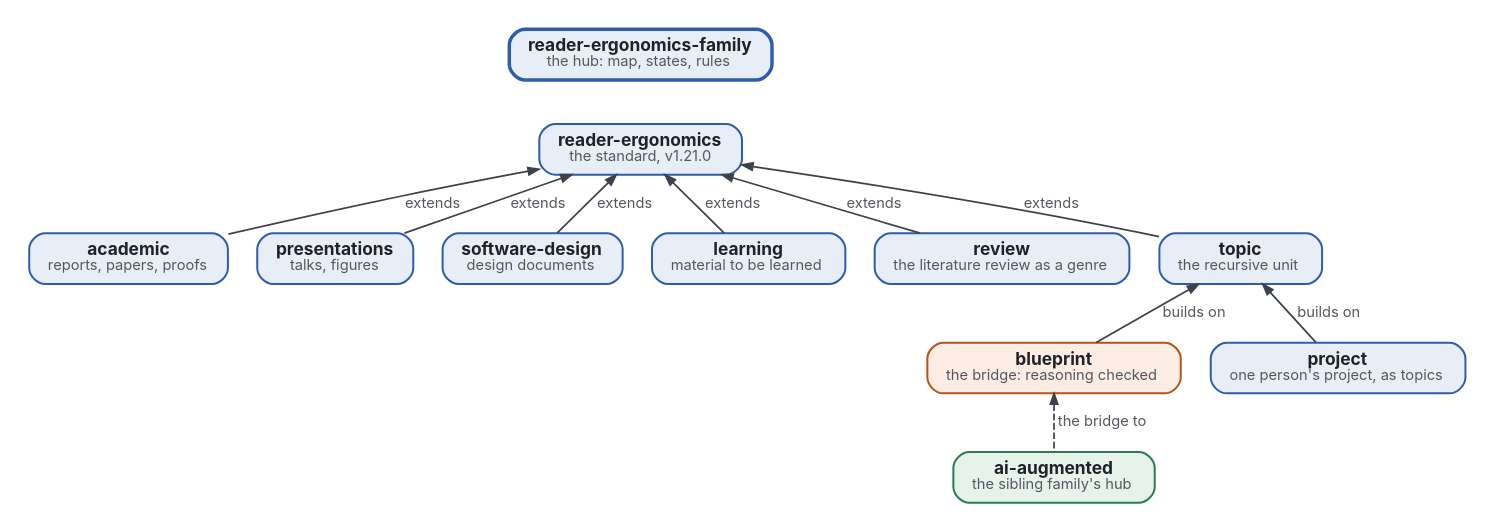
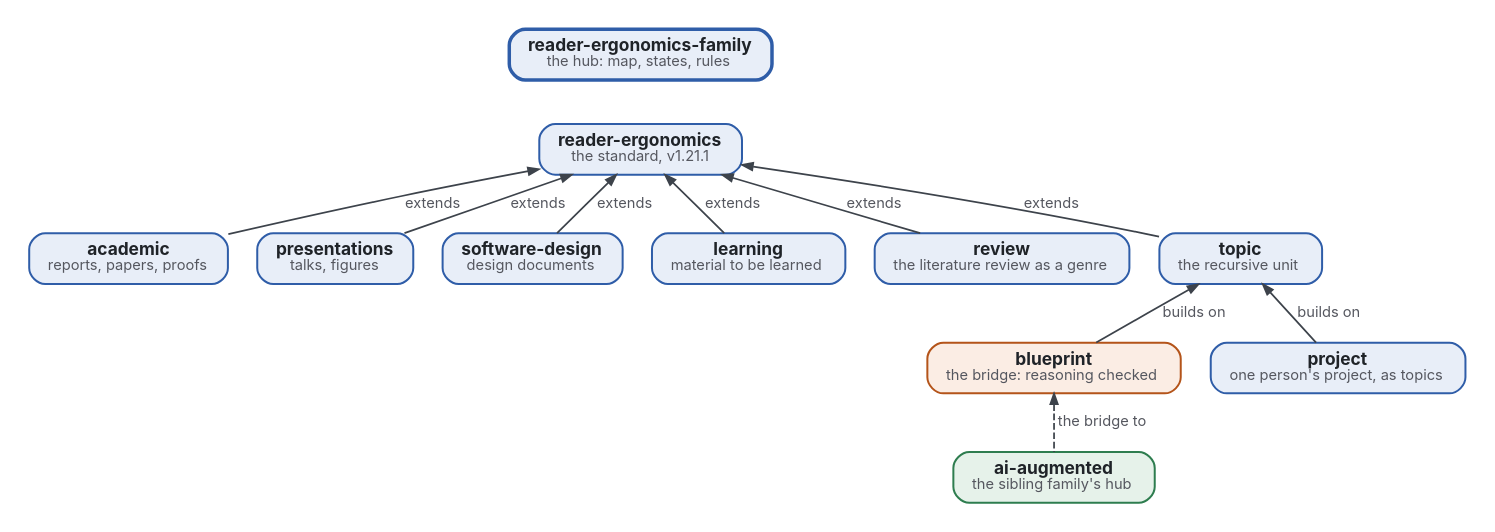
The diagram in map.dot (Tewf/reader-ergonomics-family), drawn with Graphviz before and after one commit. The commit also changed 17 other files, not shown here.

First line of the commit message:
Move to reader-ergonomics v1.21.1 and name the members' releases, v0.1.2

```diff
--- a/map.dot
+++ b/map.dot
@@ -1,30 +1,30 @@
 // The map of the reader-ergonomics family. Colours: the family blue, the sibling family green, the bridge orange,
 // each kind named in its box; this page, the hub, has the thick border and nothing points to it.
 digraph map {
   graph [rankdir=TB, nodesep=0.3, ranksep=0.45, bgcolor="white", pad=0.2, fontname="Inter", newrank=true];
   node  [shape=box, style="rounded,filled", fontname="Inter", fontsize=13, margin="0.2,0.1", penwidth=1.5, fontcolor="#1F2328"];
   edge  [fontname="Inter", fontsize=11, color="#3D434B", fontcolor="#55575F", penwidth=1.3, arrowsize=0.8];
   HUB [label=<<b>reader-ergonomics-family</b><br/><font point-size="11" color="#55575F">the hub: map, states, rules</font>>, fillcolor="#E8EEF8", color="#2F5DA8", penwidth=2.6];
-  RE [label=<<b>reader-ergonomics</b><br/><font point-size="11" color="#55575F">the standard, v1.21.0</font>>, fillcolor="#E8EEF8", color="#2F5DA8"];
+  RE [label=<<b>reader-ergonomics</b><br/><font point-size="11" color="#55575F">the standard, v1.21.1</font>>, fillcolor="#E8EEF8", color="#2F5DA8"];
   AC [label=<<b>academic</b><br/><font point-size="11" color="#55575F">reports, papers, proofs</font>>, fillcolor="#E8EEF8", color="#2F5DA8"];
   PR [label=<<b>presentations</b><br/><font point-size="11" color="#55575F">talks, figures</font>>, fillcolor="#E8EEF8", color="#2F5DA8"];
   SD [label=<<b>software-design</b><br/><font point-size="11" color="#55575F">design documents</font>>, fillcolor="#E8EEF8", color="#2F5DA8"];
   LE [label=<<b>learning</b><br/><font point-size="11" color="#55575F">material to be learned</font>>, fillcolor="#E8EEF8", color="#2F5DA8"];
   RV [label=<<b>review</b><br/><font point-size="11" color="#55575F">the literature review as a genre</font>>, fillcolor="#E8EEF8", color="#2F5DA8"];
   T  [label=<<b>topic</b><br/><font point-size="11" color="#55575F">the recursive unit</font>>, fillcolor="#E8EEF8", color="#2F5DA8"];
   BP [label=<<b>blueprint</b><br/><font point-size="11" color="#55575F">the bridge: reasoning checked</font>>, fillcolor="#FBEDE4", color="#B4541A"];
   P  [label=<<b>project</b><br/><font point-size="11" color="#55575F">one person's project, as topics</font>>, fillcolor="#E8EEF8", color="#2F5DA8"];
   AI [label=<<b>ai-augmented</b><br/><font point-size="11" color="#55575F">the sibling family's hub</font>>, fillcolor="#E6F2EA", color="#2E7D4F"];
   HUB -> RE [style=invis];
   RE -> AC [dir=back, label=" extends"];
   RE -> PR [dir=back, label=" extends"];
   RE -> SD [dir=back, label=" extends"];
   RE -> LE [dir=back, label=" extends"];
   RE -> T [dir=back, label=" extends"];
   RE -> RV [dir=back, label=" extends"];
   T -> BP [dir=back, label=" builds on"];
   T -> P [dir=back, label=" builds on"];
   BP -> AI [dir=back, style=dashed, label=" the bridge to"];
   {rank=same; AC; PR; SD; LE; T; RV}
   {rank=same; BP; P}
 }
```
